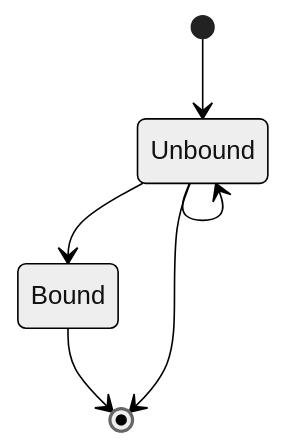
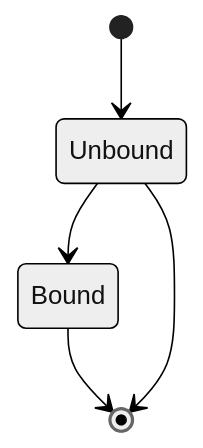
One commit to padames/Type-driven-API changed the diagram in README.md. Above: the diagram before and after it, drawn with Mermaid (neutral theme).

Commit message:
Update README.md removing Unbound transition onto itself

````diff
--- a/README.md
+++ b/README.md
@@ -21,8 +21,7 @@
 ```mermaid
 stateDiagram-v2
     [*] --> Unbound
     Unbound --> Bound
-    Unbound --> Unbound
     Bound --> [*]
     Unbound --> [*]
 ```
````
